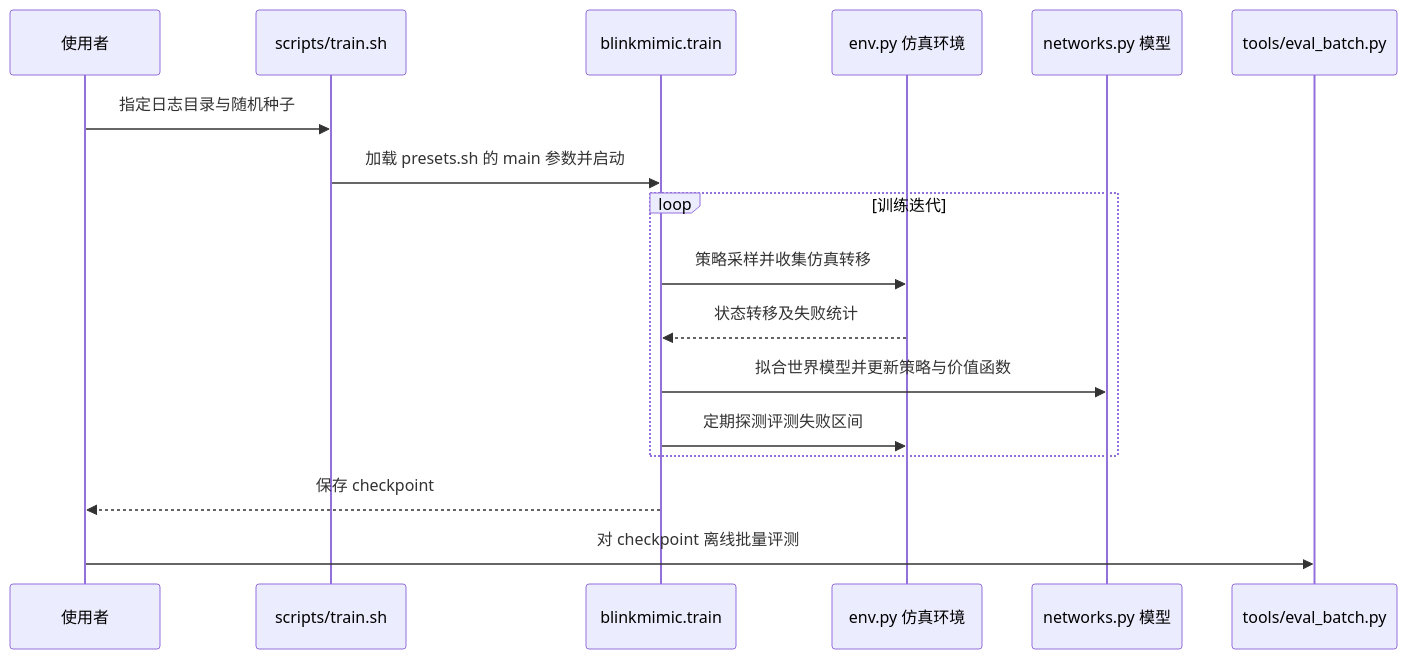
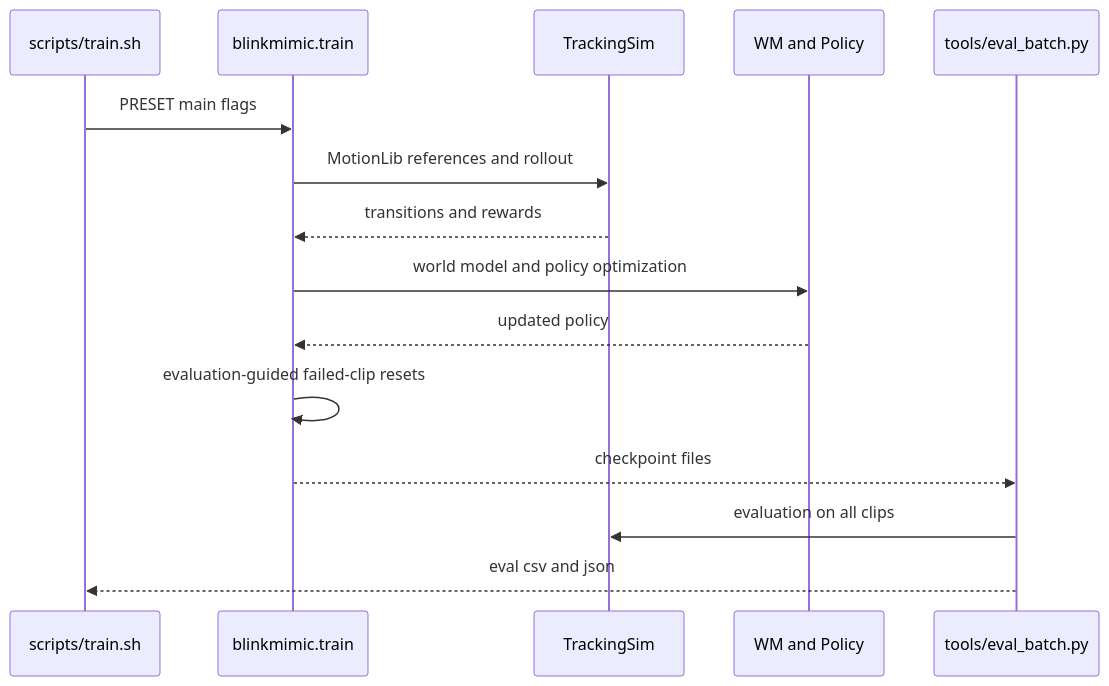
Before and after one commit to ImChong/Robotics_Notebooks: the second of 2 diagrams in wiki/entities/blinkmimic.md, drawn with Mermaid. The commit also changed other lines of this file and 5 other files, not shown here.

````diff
--- a/wiki/entities/blinkmimic.md
+++ b/wiki/entities/blinkmimic.md
@@ -50,19 +93,17 @@
 ```mermaid
 sequenceDiagram
-  participant User as 使用者
-  participant Script as scripts/train.sh
-  participant Train as blinkmimic.train
-  participant Env as env.py 仿真环境
-  participant Model as networks.py 模型
-  participant Eval as tools/eval_batch.py
-  User->>Script: 指定日志目录与随机种子
-  Script->>Train: 加载 presets.sh 的 main 参数并启动
-  loop 训练迭代
-    Train->>Env: 策略采样并收集仿真转移
-    Env-->>Train: 状态转移及失败统计
-    Train->>Model: 拟合世界模型并更新策略与价值函数
-    Train->>Env: 定期探测评测失败区间
-  end
-  Train-->>User: 保存 checkpoint
-  User->>Eval: 对 checkpoint 离线批量评测
+  participant U as scripts/train.sh
+  participant T as blinkmimic.train
+  participant E as TrackingSim
+  participant W as WM and Policy
+  participant V as tools/eval_batch.py
+  U->>T: PRESET main flags
+  T->>E: MotionLib references and rollout
+  E-->>T: transitions and rewards
+  T->>W: world model and policy optimization
+  W-->>T: updated policy
+  T->>T: evaluation-guided failed-clip resets
+  T-->>V: checkpoint files
+  V->>E: evaluation on all clips
+  V-->>U: eval csv and json
 ```
````
